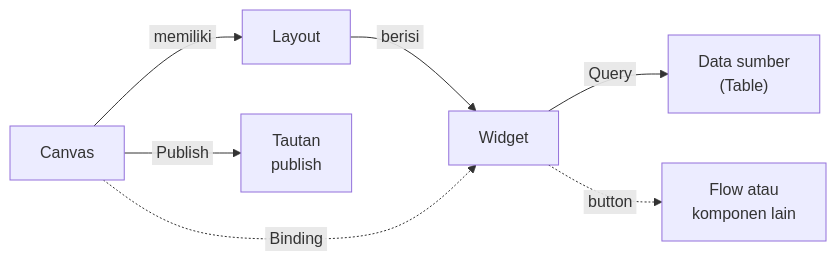
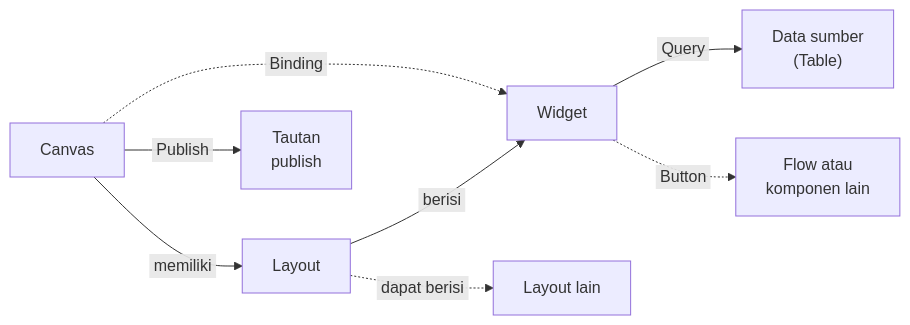
One commit to ginalne/phoenix-docs changed the first of 2 diagrams in Docs/Modul Interface/Canvas/Apa itu Canvas.md. Above: the diagram before and after it, drawn with Mermaid. The commit also changed other lines of this file and 2 other files, not shown here.

````diff
--- a/Docs/Modul Interface/Canvas/Apa itu Canvas.md
+++ b/Docs/Modul Interface/Canvas/Apa itu Canvas.md
@@ -41,9 +43,10 @@
 ```mermaid
 flowchart LR
   Canvas["Canvas"] -->|&nbsp;memiliki&nbsp;| Layout["Layout"]
   Layout -->|&nbsp;berisi&nbsp;| Widget["Widget"]
+  Layout -.->|&nbsp;dapat berisi&nbsp;| LayoutLain["Layout lain"]
   Widget -->|&nbsp;Query&nbsp;| Data["Data sumber<br/>(Table)"]
   Canvas -.->|&nbsp;Binding&nbsp;| Widget
-  Widget -.->|&nbsp;button&nbsp;| Tujuan["Flow atau<br/>komponen lain"]
+  Widget -.->|&nbsp;Button&nbsp;| Tujuan["Flow atau<br/>komponen lain"]
   Canvas -->|&nbsp;Publish&nbsp;| Link["Tautan<br/>publish"]
 ```
````
